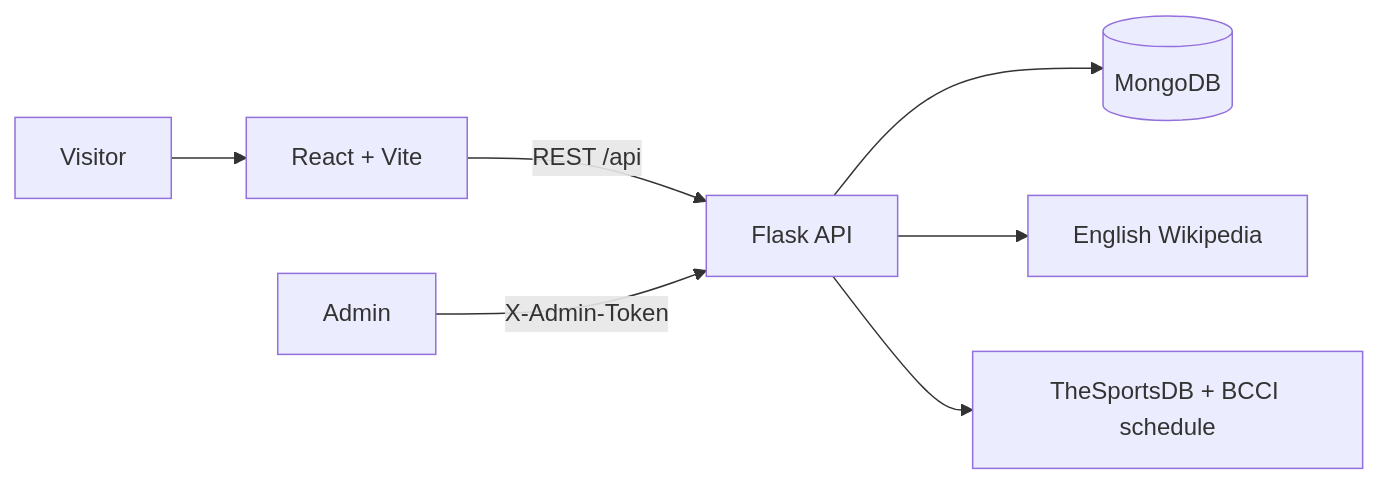
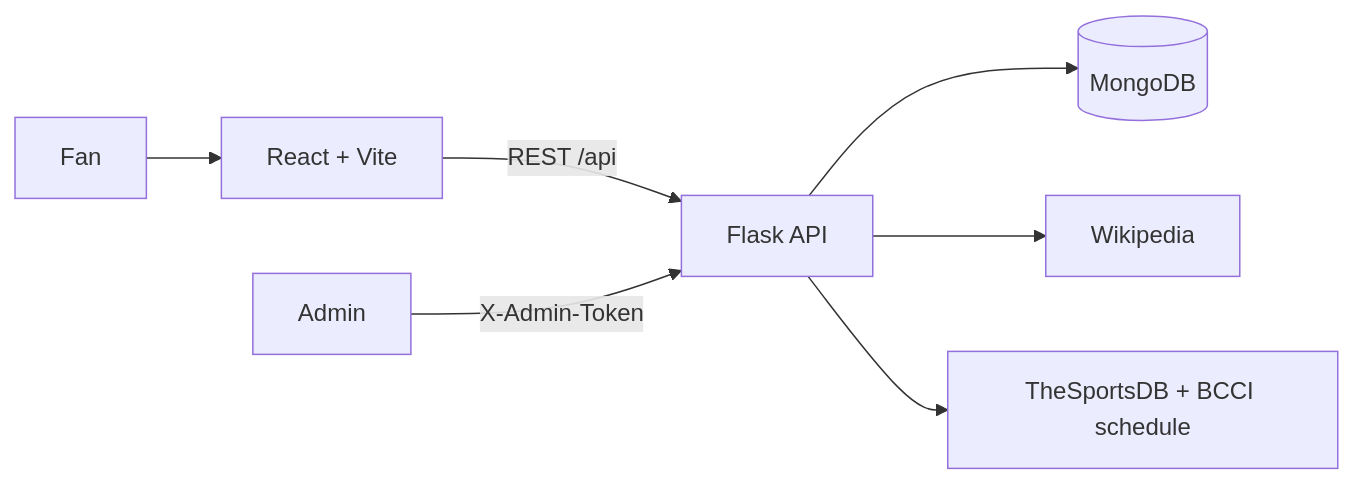
The diagram in README.md (Arunava45dev/Indian-sports-portfolio), drawn with Mermaid before and after one commit. The commit also changed other lines of this file, not shown here.

````diff
--- a/README.md
+++ b/README.md
@@ -62,9 +70,9 @@
 ```mermaid
 flowchart LR
-    V[Visitor] --> UI[React + Vite]
-    UI -->|REST /api| API[Flask API]
-    API --> DB[(MongoDB)]
-    API --> W[English Wikipedia]
-    API --> S[TheSportsDB + BCCI schedule]
-    A[Admin] -->|X-Admin-Token| API
+    FAN[Fan] --> WEB[React + Vite]
+    WEB -->|REST /api| FLASK[Flask API]
+    FLASK --> DB[(MongoDB)]
+    FLASK --> WIKI[Wikipedia]
+    FLASK --> SPORTS[TheSportsDB + BCCI schedule]
+    ADMIN[Admin] -->|X-Admin-Token| FLASK
 ```
````
